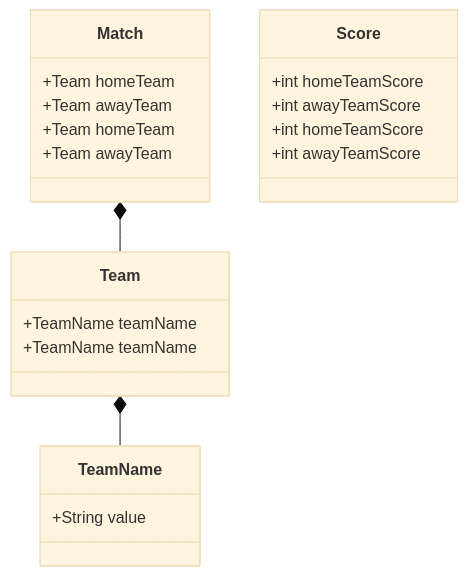
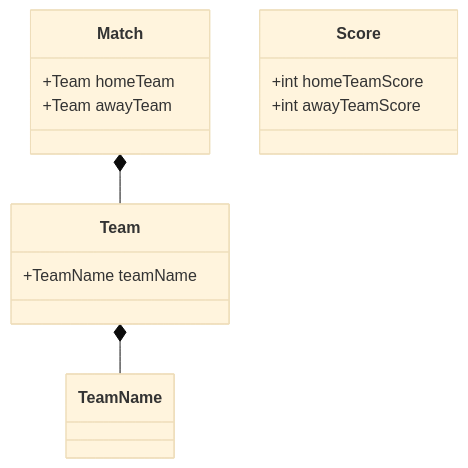
Before and after one commit to tvolkov/scoreboard-library: the diagram in README.md, drawn with Mermaid (base theme).

````diff
--- a/README.md
+++ b/README.md
@@ -6,24 +6,11 @@
 ```mermaid
 classDiagram
       Match *-- Team
       Team *-- TeamName
       Score : +int homeTeamScore
       Score : +int awayTeamScore
       Match : +Team homeTeam
       Match : +Team awayTeam
       Team : +TeamName teamName
-      class Match {
-          +Team homeTeam
-          +Team awayTeam
-      }
-      class Team {
-          +TeamName teamName
-      }
-      class TeamName {
-          +String value
-      }
-      class Score {
-           +int homeTeamScore
-           +int awayTeamScore
-      }
+
 ```
````
